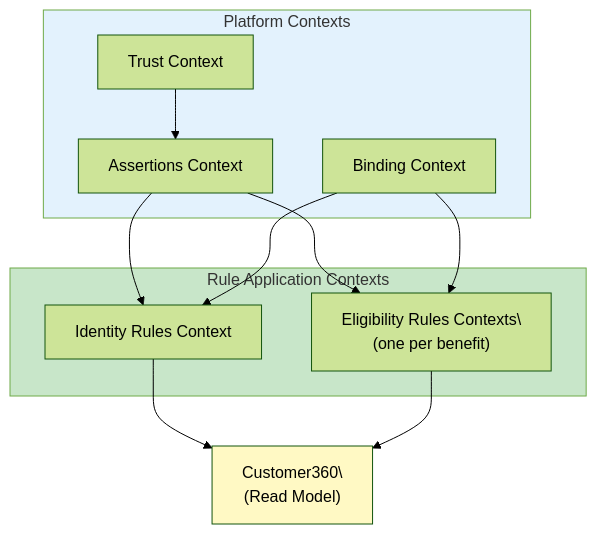
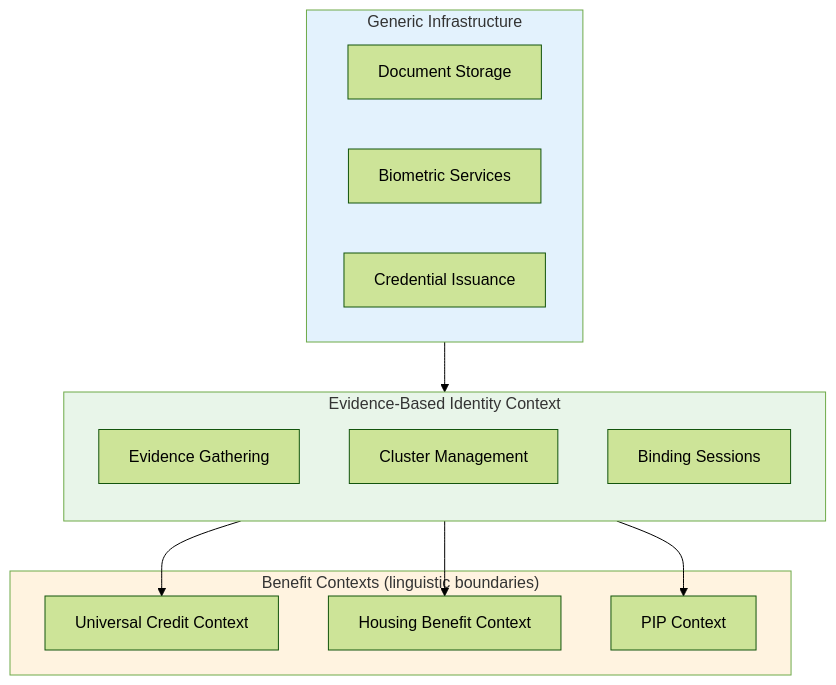
The third of 4 diagrams in docs/Paper_2_Evidence_Based_Identity.md (mrchughes/architecting-modern-government-services), drawn with Mermaid (forest theme) before and after one commit. The commit also changed other lines of this file and 1 other file, not shown here.

First line of the commit message:
Paper 2 Part IV: Rewrite per Evans critique

````diff
--- a/docs/Paper_2_Evidence_Based_Identity.md
+++ b/docs/Paper_2_Evidence_Based_Identity.md
@@ -605,25 +605,30 @@
 ```mermaid
 flowchart TB
-    subgraph Platform["Platform Contexts"]
-        AC["Assertions Context"]
-        TC["Trust Context"]
-        BC["Binding Context"]
+    subgraph Core["Evidence-Based Identity Context"]
+        direction TB
+        EV["Evidence Gathering"]
+        CL["Cluster Management"]
+        BS["Binding Sessions"]
     end
     
-    subgraph Rules["Rule Application Contexts"]
-        IRC["Identity Rules Context"]
-        ERC["Eligibility Rules Contexts\\n(one per benefit)"]
+    subgraph Benefits["Benefit Contexts (linguistic boundaries)"]
+        UC["Universal Credit Context"]
+        HB["Housing Benefit Context"]
+        PIP["PIP Context"]
     end
     
-    AC --> IRC
-    AC --> ERC
-    TC --> AC
-    BC --> IRC
-    BC --> ERC
-    IRC --> C360["Customer360\\n(Read Model)"]
-    ERC --> C360
+    subgraph Generic["Generic Infrastructure"]
+        DOC["Document Storage"]
+        BIO["Biometric Services"]
+        CRED["Credential Issuance"]
+    end
     
-    style Platform fill:#e3f2fd
-    style Rules fill:#c8e6c9
-    style C360 fill:#fff9c4
+    Core --> UC
+    Core --> HB
+    Core --> PIP
+    Generic --> Core
+    
+    style Core fill:#e8f5e9
+    style Benefits fill:#fff3e0
+    style Generic fill:#e3f2fd
 ```
````
